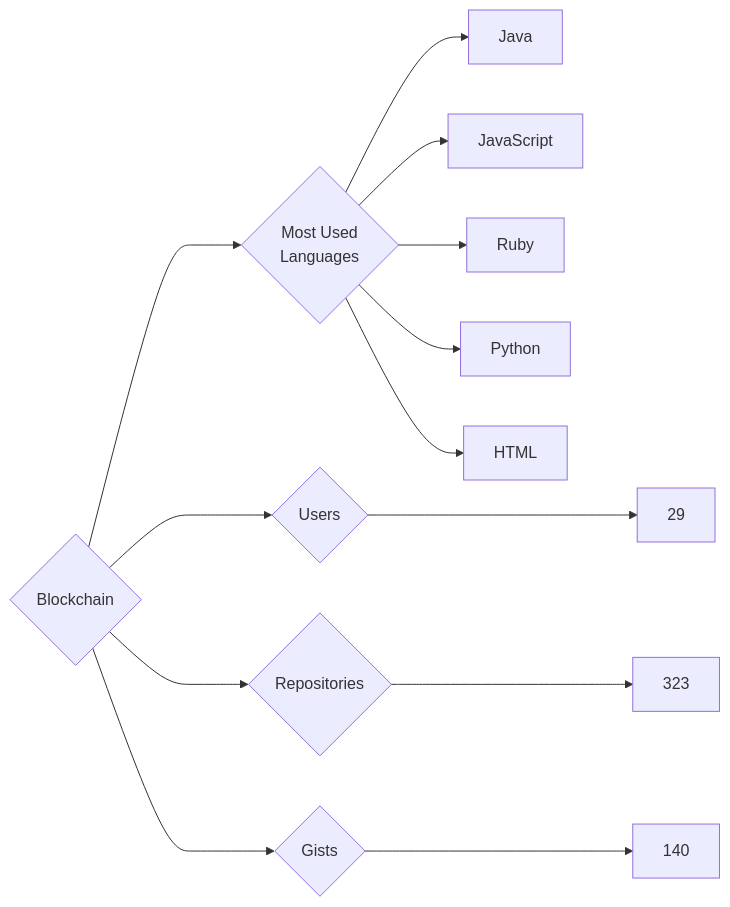
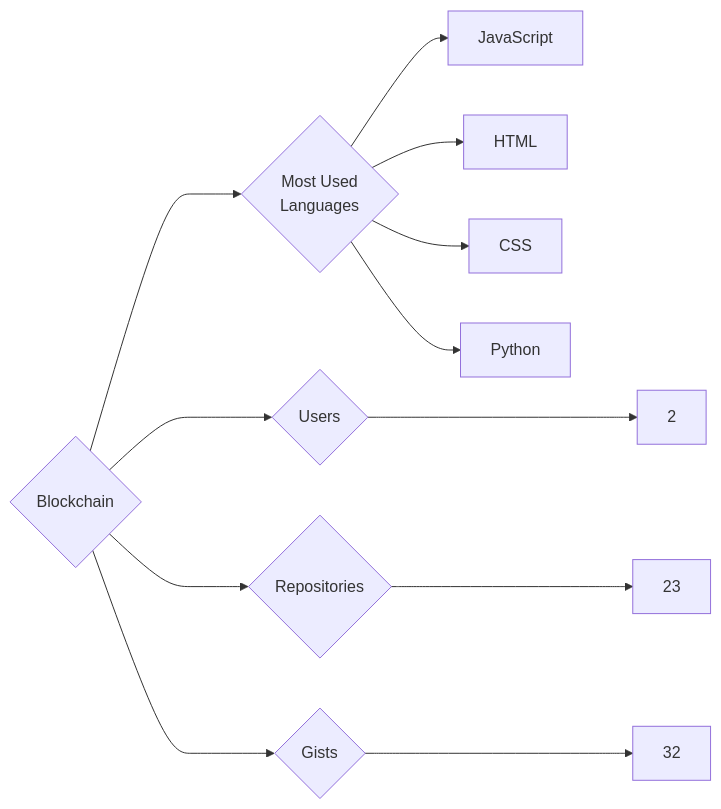
One commit to trickest/insiders changed the diagram in targets/Blockchain/README.md. Above: the diagram before and after it, drawn with Mermaid. The commit also changed 924 other files, not shown here.

````diff
--- a/targets/Blockchain/README.md
+++ b/targets/Blockchain/README.md
@@ -3,13 +3,12 @@
 ```mermaid
 graph LR
 COMPANY_NAME{Blockchain}
-COMPANY_NAME ---> U{Users} ---> UN[29]
-COMPANY_NAME ---> R{Repositories} ---> RN[323]
-COMPANY_NAME ---> G{Gists} ---> GN[140]
+COMPANY_NAME ---> U{Users} ---> UN[2]
+COMPANY_NAME ---> R{Repositories} ---> RN[23]
+COMPANY_NAME ---> G{Gists} ---> GN[32]
 COMPANY_NAME ---> ML{Most Used<br>Languages}
-ML --> Java[Java]
 ML --> JavaScript[JavaScript]
-ML --> Ruby[Ruby]
+ML --> HTML[HTML]
+ML --> CSS[CSS]
 ML --> Python[Python]
-ML --> HTML[HTML]
 ```
````
